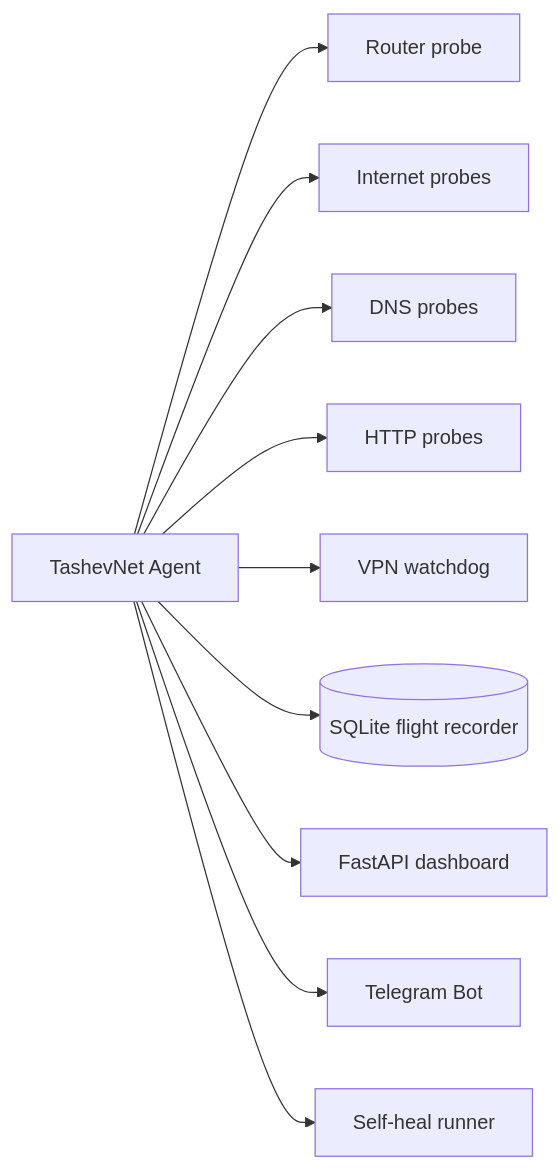
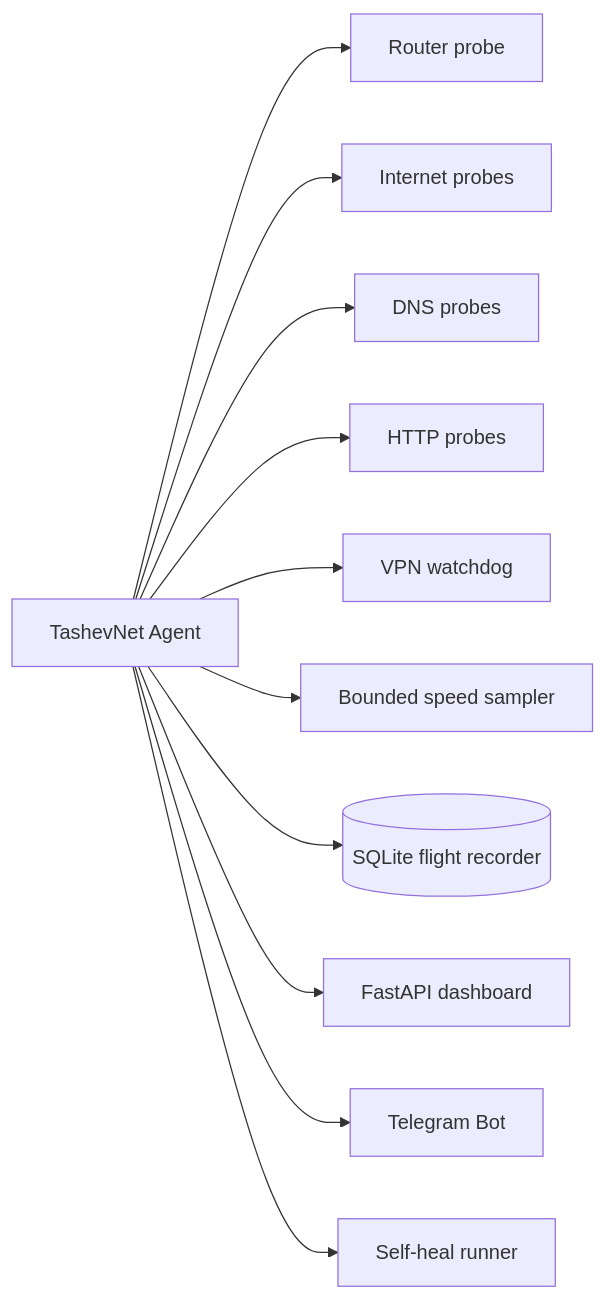
One commit to tashev11/tashevnet changed the diagram in README.md. Above: the diagram before and after it, drawn with Mermaid. The commit also changed other lines of this file, not shown here.

````diff
--- a/README.md
+++ b/README.md
@@ -88,12 +98,13 @@
 ```mermaid
 flowchart LR
   A[TashevNet Agent] --> R[Router probe]
   A --> I[Internet probes]
   A --> D[DNS probes]
   A --> H[HTTP probes]
   A --> V[VPN watchdog]
+  A --> S[Bounded speed sampler]
   A --> DB[(SQLite flight recorder)]
   A --> API[FastAPI dashboard]
   A --> TG[Telegram Bot]
   A --> SH[Self-heal runner]
 ```
````
